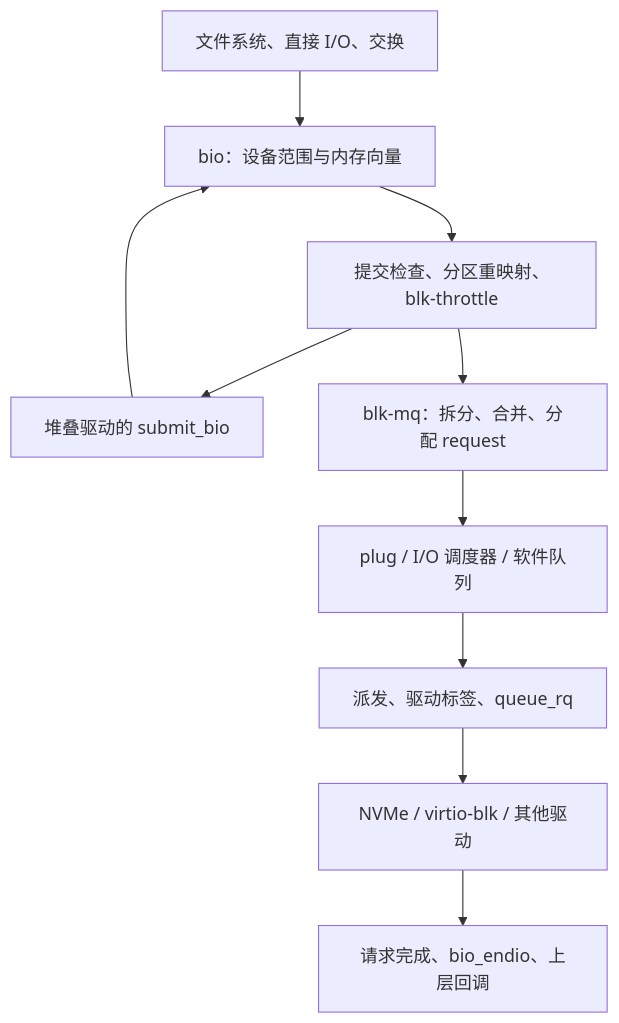
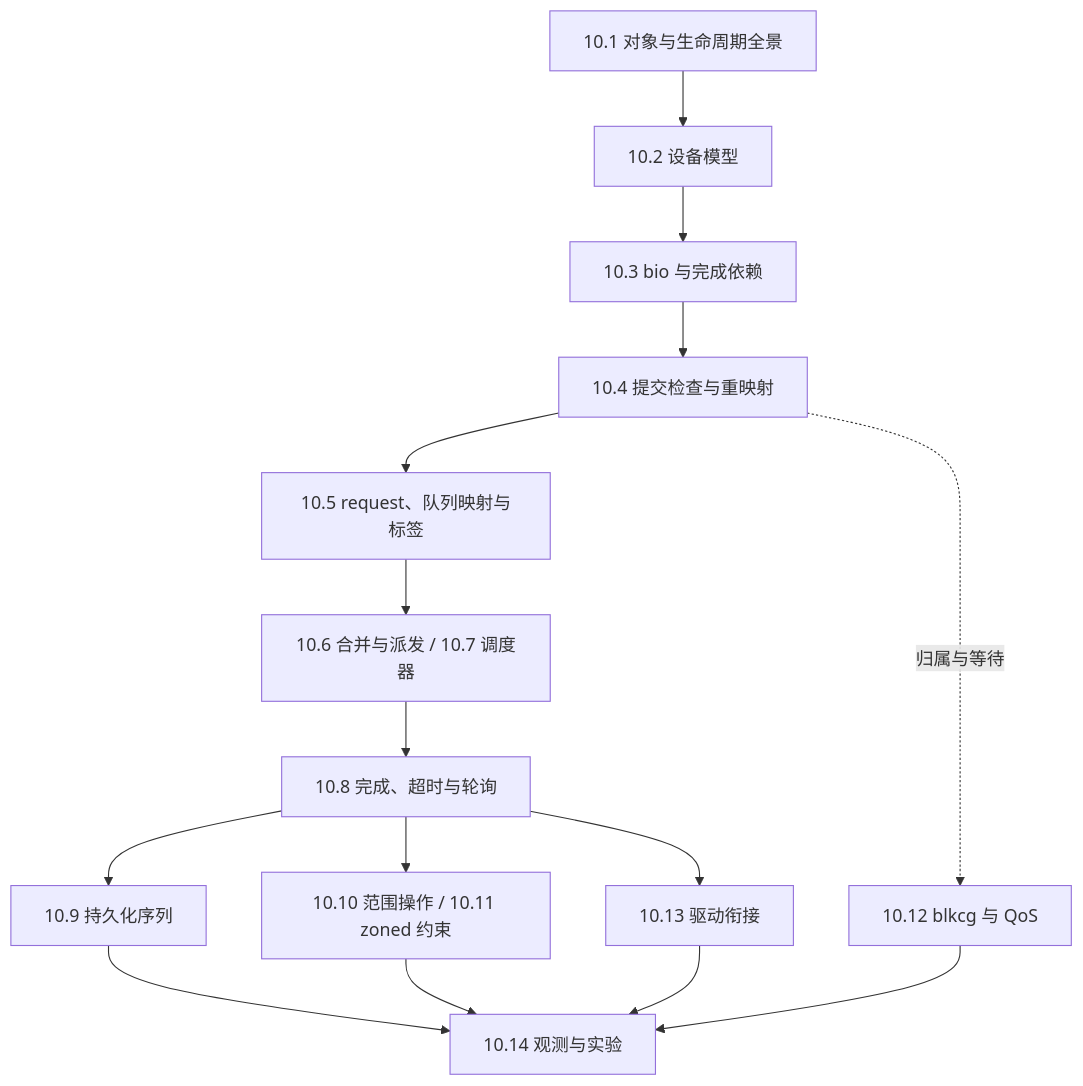
The diagram in book/10-block/README.md (linuxperf/linux-study), drawn with Mermaid before and after one commit. The commit also changed other lines of this file and 17 other files, not shown here.

````diff
--- a/book/10-block/README.md
+++ b/book/10-block/README.md
@@ -7,12 +9,17 @@
 ```mermaid
 flowchart TD
-    A[文件系统、直接 I/O、交换] --> B[bio：设备范围与内存向量]
-    B --> C[提交检查、分区重映射、blk-throttle]
-    C --> D[堆叠驱动的 submit_bio]
-    D --> B
-    C --> E[blk-mq：拆分、合并、分配 request]
-    E --> F[plug / I/O 调度器 / 软件队列]
-    F --> G[派发、驱动标签、queue_rq]
-    G --> H[NVMe / virtio-blk / 其他驱动]
-    H --> I[请求完成、bio_endio、上层回调]
+    A[10.1 对象与生命周期全景] --> B[10.2 设备模型]
+    B --> C[10.3 bio 与完成依赖]
+    C --> D[10.4 提交检查与重映射]
+    D --> E[10.5 request、队列映射与标签]
+    E --> F[10.6 合并与派发 / 10.7 调度器]
+    F --> G[10.8 完成、超时与轮询]
+    G --> H[10.9 持久化序列]
+    G --> I[10.10 范围操作 / 10.11 zoned 约束]
+    D -. 归属与等待 .-> J[10.12 blkcg 与 QoS]
+    G --> K[10.13 驱动衔接]
+    H --> L[10.14 观测与实验]
+    I --> L
+    J --> L
+    K --> L
 ```
````
